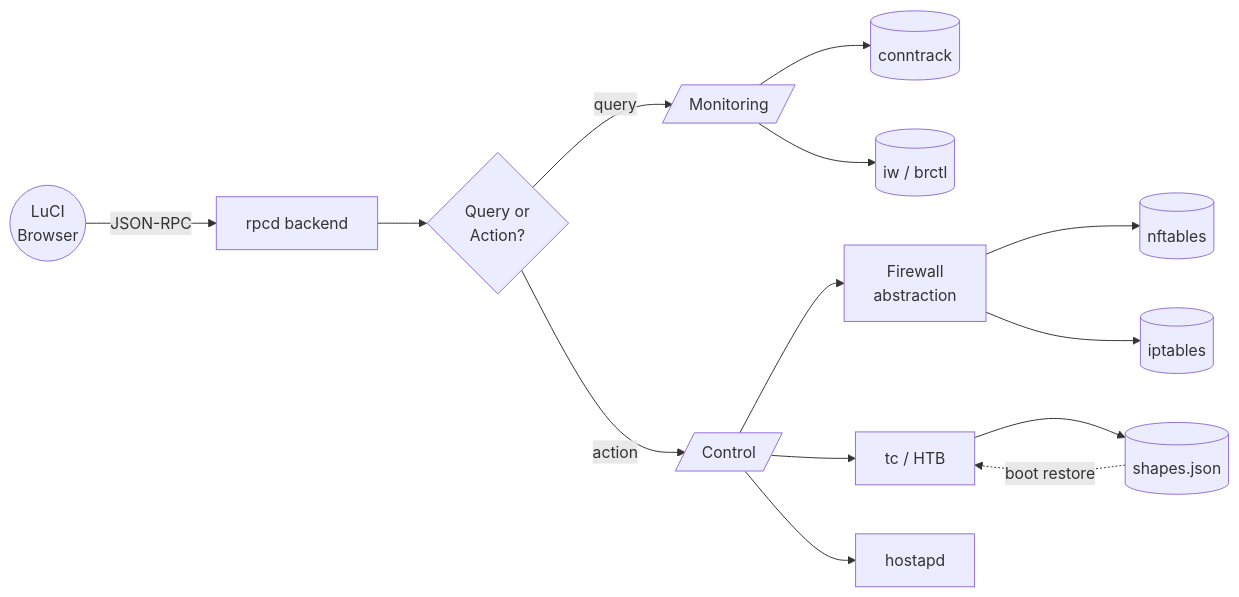
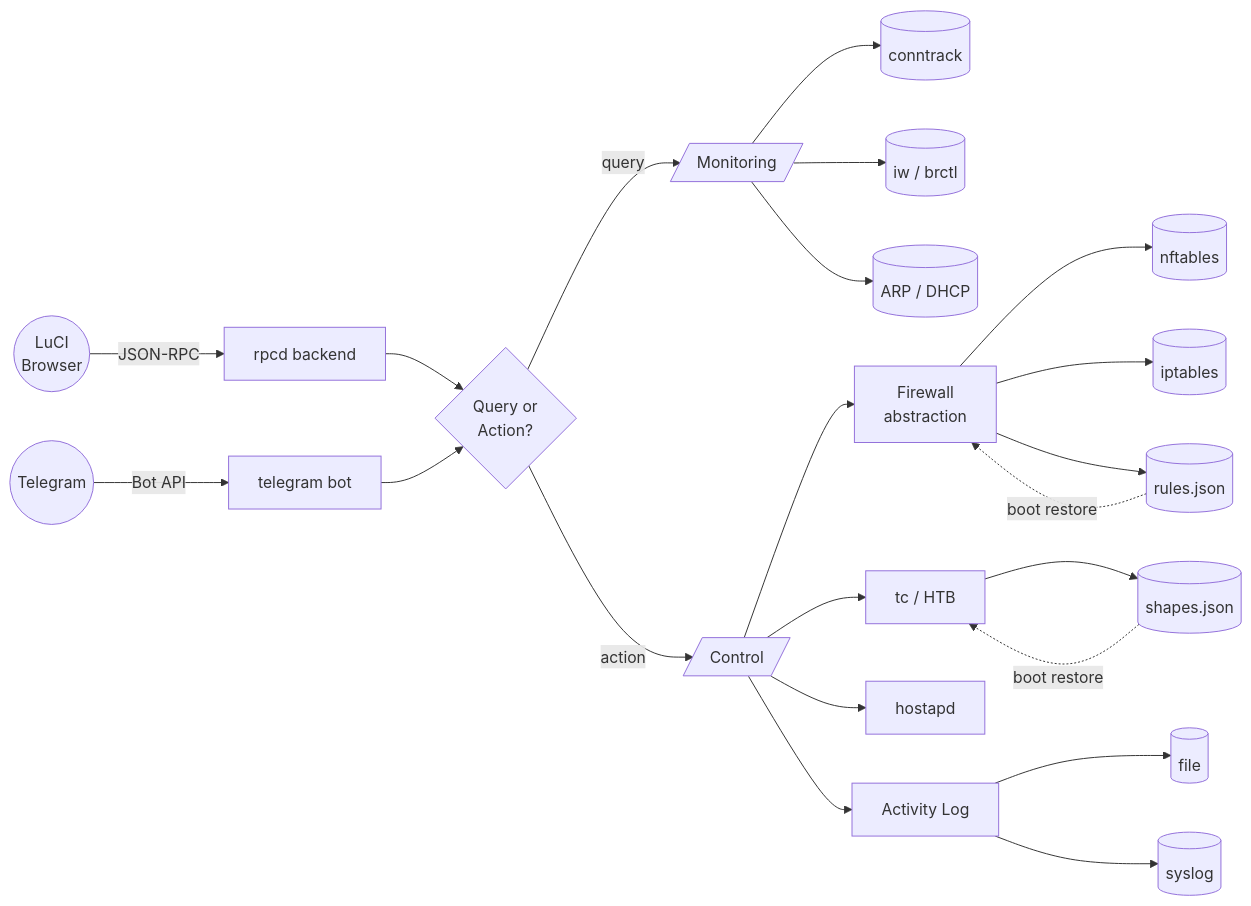
The diagram in README.md (GWan1234/luci-app-trafficctl), drawn with Mermaid before and after one commit. The commit also changed other lines of this file and 14 other files, not shown here.

````diff
--- a/README.md
+++ b/README.md
@@ -221,22 +229,31 @@
 ```mermaid
 flowchart LR
     A((LuCI\nBrowser)) -->|JSON-RPC| B[rpcd backend]
+    T((Telegram)) -->|Bot API| TG[telegram bot]
 
     B --> C{Query or\nAction?}
+    TG --> C
 
     C -->|query| D[/Monitoring/]
     C -->|action| E[/Control/]
 
     D --> F[(conntrack)]
     D --> G[(iw / brctl)]
+    D --> N[(ARP / DHCP)]
 
     E --> H[Firewall\nabstraction]
     E --> I[tc / HTB]
     E --> J[hostapd]
 
     H --> K[(nftables)]
     H --> L[(iptables)]
 
     I --> M[(shapes.json)]
+    H --> R[(rules.json)]
     M -.->|boot restore| I
+    R -.->|boot restore| H
+
+    E --> LOG[Activity Log]
+    LOG --> S[(file)]
+    LOG --> SL[(syslog)]
 ```
````
